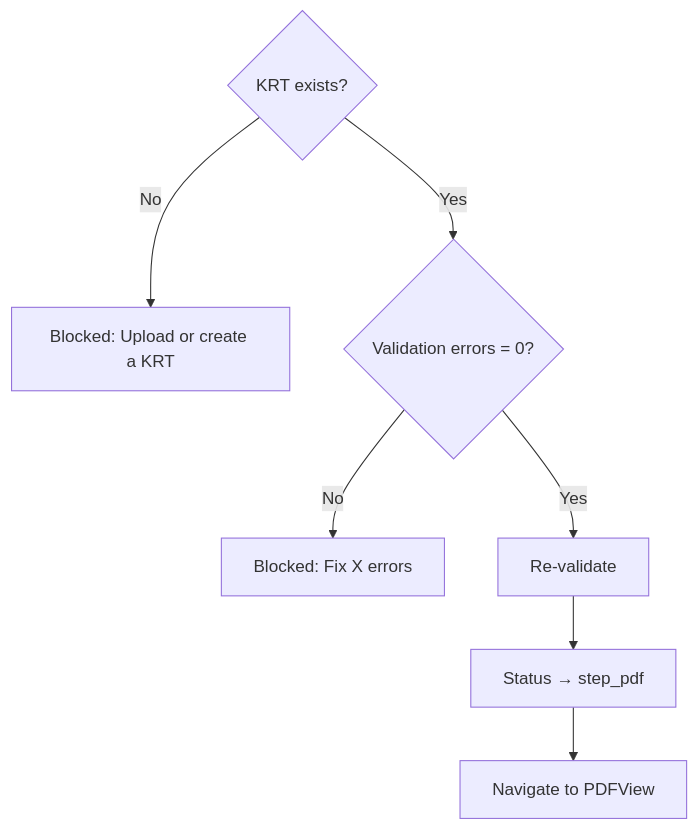
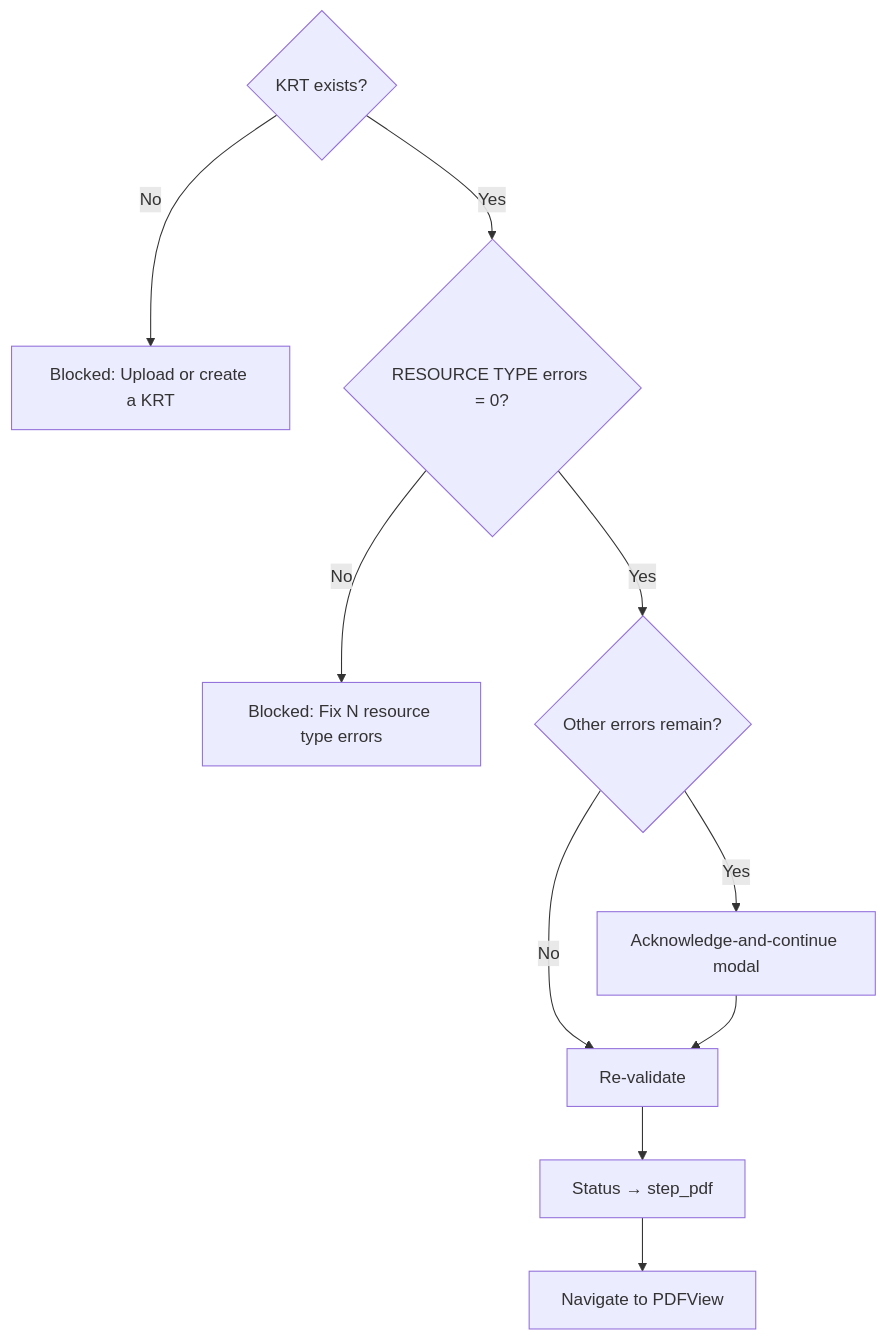
One commit to DataSeer/asap-kr-sync changed the third of 13 diagrams in docs/submission-workflow.md. Above: the diagram before and after it, drawn with Mermaid. The commit also changed other lines of this file and 2 other files, not shown here.

First line of the commit message:
docs: add KRT validation rules reference; update workflow gating

````diff
--- a/docs/submission-workflow.md
+++ b/docs/submission-workflow.md
@@ -124,9 +125,12 @@
 ```mermaid
 flowchart TD
     A{KRT exists?} -->|No| B[Blocked: Upload or create a KRT]
-    A -->|Yes| C{Validation errors = 0?}
-    C -->|No| D[Blocked: Fix X errors]
-    C -->|Yes| E[Re-validate]
-    E --> F[Status → step_pdf]
-    F --> G[Navigate to PDFView]
+    A -->|Yes| C{RESOURCE TYPE errors = 0?}
+    C -->|No| D[Blocked: Fix N resource type errors]
+    C -->|Yes| E{Other errors remain?}
+    E -->|Yes| F[Acknowledge-and-continue modal]
+    E -->|No| G[Re-validate]
+    F --> G
+    G --> H[Status → step_pdf]
+    H --> I[Navigate to PDFView]
 ```
````
